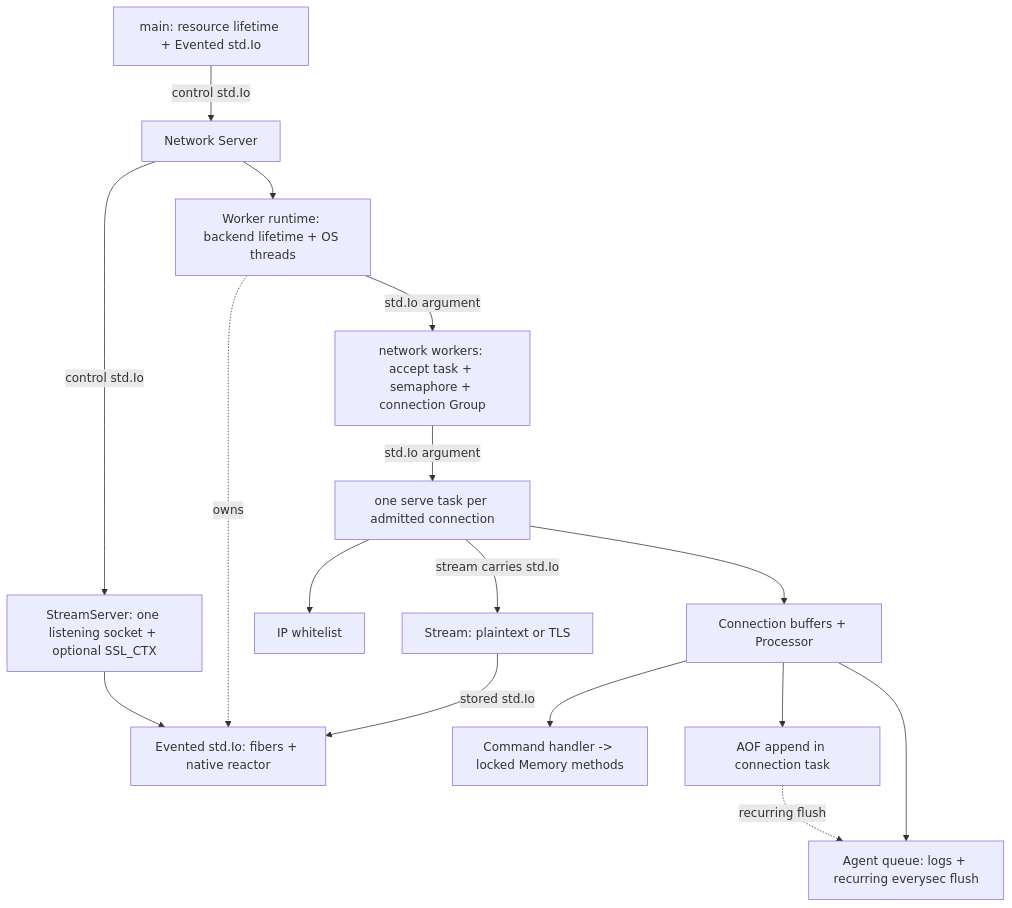
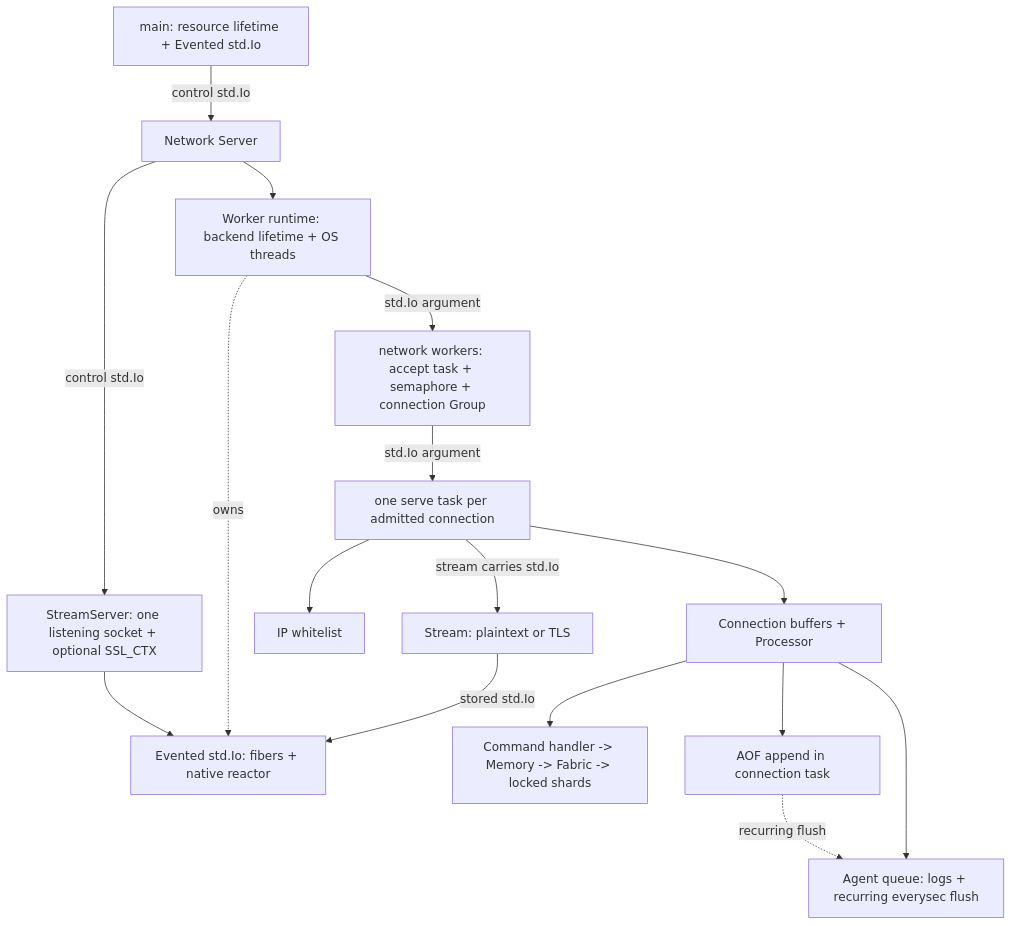
Before and after one commit to sectasy0/zcached: the first of 4 diagrams in docs/internals/network_architecture.md, drawn with Mermaid. The commit also changed other lines of this file and 39 other files, not shown here.

````diff
--- a/docs/internals/network_architecture.md
+++ b/docs/internals/network_architecture.md
@@ -46,31 +46,31 @@
 ```mermaid
 flowchart TD
     Main["main: resource lifetime + Evented std.Io"]
     Server["Network Server"]
     Transport["StreamServer: one listening socket + optional SSL_CTX"]
     Runtime["Worker runtime: backend lifetime + OS threads"]
     Accept["network workers: accept task + semaphore + connection Group"]
     Serve["one serve task per admitted connection"]
     Access["IP whitelist"]
     Stream["Stream: plaintext or TLS"]
     Processor["Connection buffers + Processor"]
-    DB["Command handler -> locked Memory methods"]
+    DB["Command handler -> Memory -> Fabric -> locked shards"]
     AOF["AOF append in connection task"]
     Queue["Agent queue: logs + recurring everysec flush"]
     Backend["Evented std.Io: fibers + native reactor"]
     Main -->|"control std.Io"| Server
     Server -->|"control std.Io"| Transport
     Server --> Runtime
     Runtime -. owns .-> Backend
     Runtime -->|"std.Io argument"| Accept
     Accept -->|"std.Io argument"| Serve
     Serve --> Access
     Serve -->|"stream carries std.Io"| Stream
     Serve --> Processor
     Processor --> DB
     Processor --> AOF
     Processor --> Queue
     AOF -. recurring flush .-> Queue
     Transport --> Backend
     Stream -->|"stored std.Io"| Backend
 ```
````
